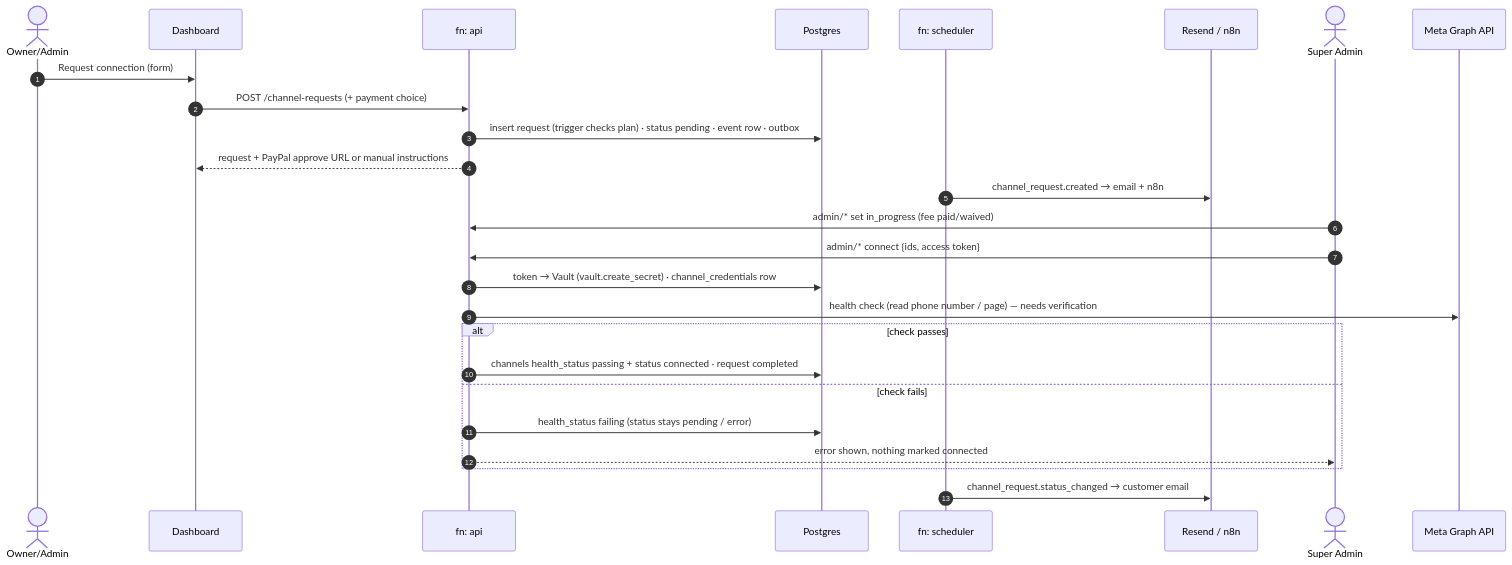
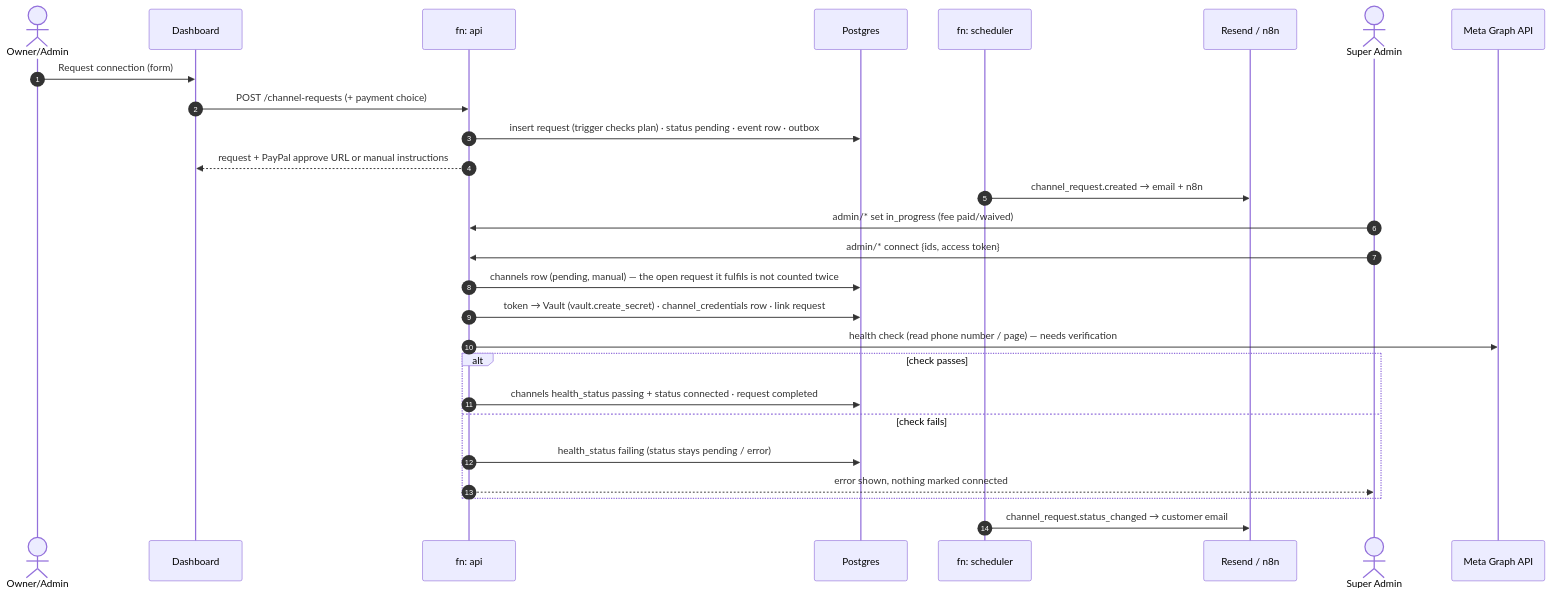
Before and after one commit to hemashady210-lgtm/hema: the second of 2 diagrams in docs/INTEGRATIONS.md, drawn with Mermaid. The commit also changed other lines of this file and 10 other files, not shown here.

````diff
--- a/docs/INTEGRATIONS.md
+++ b/docs/INTEGRATIONS.md
@@ -67,29 +67,30 @@
 ```mermaid
 sequenceDiagram
   autonumber
   actor O as Owner/Admin
   participant D as Dashboard
   participant API as fn: api
   participant DB as Postgres
   participant S as fn: scheduler
   participant M as Resend / n8n
   actor SA as Super Admin
   participant G as Meta Graph API
 
   O->>D: Request connection (form)
   D->>API: POST /channel-requests (+ payment choice)
   API->>DB: insert request (trigger checks plan) · status pending · event row · outbox
   API-->>D: request + PayPal approve URL or manual instructions
   S->>M: channel_request.created → email + n8n
   SA->>API: admin/* set in_progress (fee paid/waived)
   SA->>API: admin/* connect {ids, access token}
-  API->>DB: token → Vault (vault.create_secret) · channel_credentials row
+  API->>DB: channels row (pending, manual) — the open request it fulfils is not counted twice
+  API->>DB: token → Vault (vault.create_secret) · channel_credentials row · link request
   API->>G: health check (read phone number / page) — needs verification
   alt check passes
     API->>DB: channels health_status passing + status connected · request completed
   else check fails
     API->>DB: health_status failing (status stays pending / error)
     API-->>SA: error shown, nothing marked connected
   end
   S->>M: channel_request.status_changed → customer email
 ```
````
